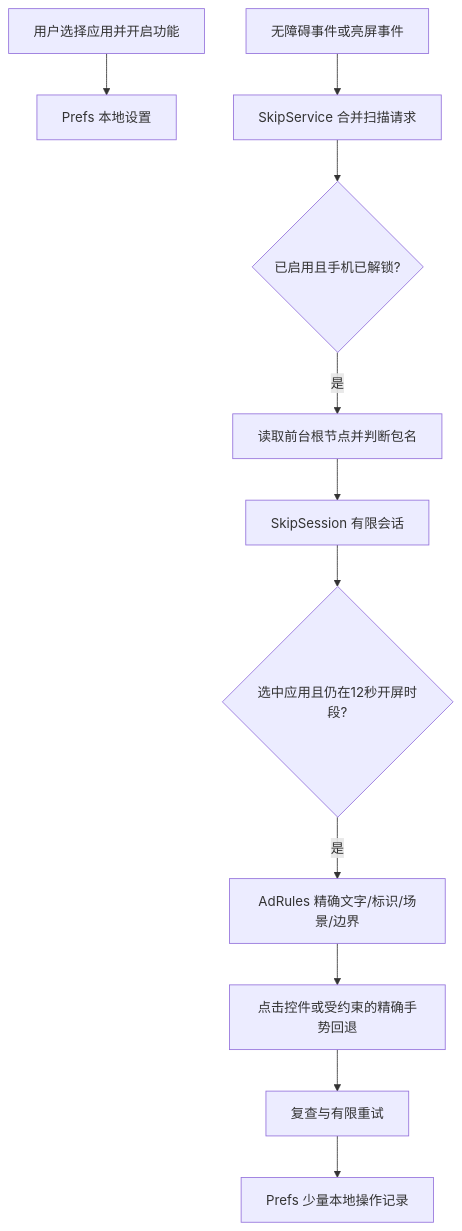
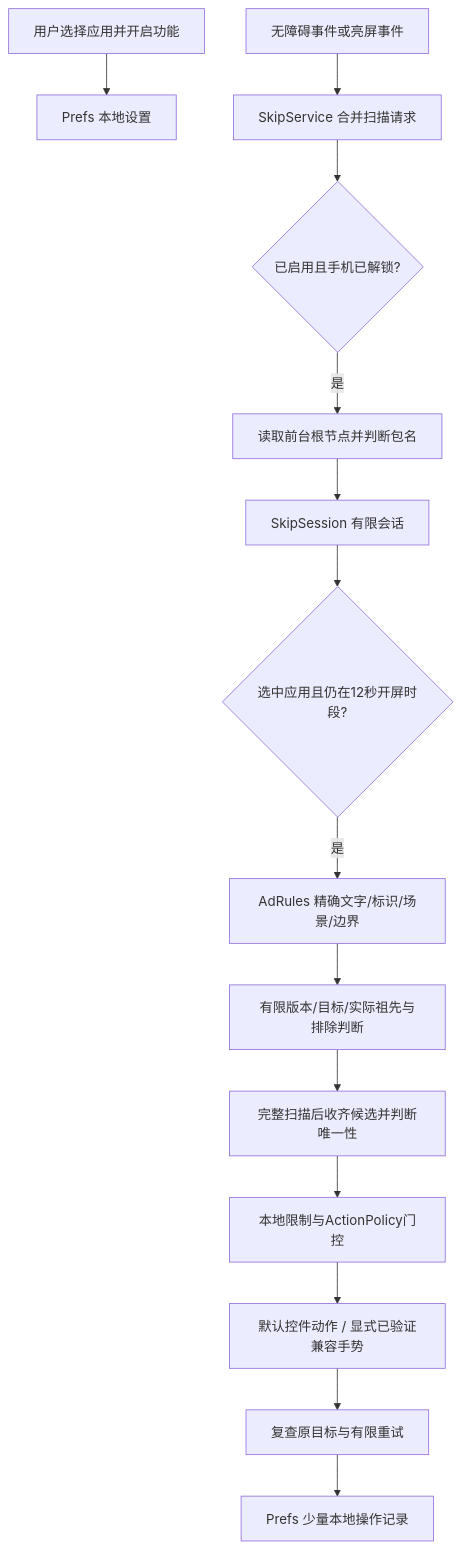
One commit to zhengxiuyuanustc-cmd/SplashGuard changed the diagram in docs/ARCHITECTURE.md. Above: the diagram before and after it, drawn with Mermaid. The commit also changed other lines of this file and 42 other files, not shown here.

````diff
--- a/docs/ARCHITECTURE.md
+++ b/docs/ARCHITECTURE.md
@@ -5,13 +5,16 @@
 ```mermaid
 flowchart TD
     U[用户选择应用并开启功能] --> P[Prefs 本地设置]
     E[无障碍事件或亮屏事件] --> S[SkipService 合并扫描请求]
     S --> G{已启用且手机已解锁?}
     G -->|是| F[读取前台根节点并判断包名]
     F --> T[SkipSession 有限会话]
     T --> A{选中应用且仍在12秒开屏时段?}
     A -->|是| R[AdRules 精确文字/标识/场景/边界]
-    R --> C[点击控件或受约束的精确手势回退]
-    C --> V[复查与有限重试]
+    R --> M[有限版本/目标/实际祖先与排除判断]
+    M --> Q[完整扫描后收齐候选并判断唯一性]
+    Q --> O[本地限制与ActionPolicy门控]
+    O --> C[默认控件动作 / 显式已验证兼容手势]
+    C --> V[复查原目标与有限重试]
     V --> L[Prefs 少量本地操作记录]
 ```
````
